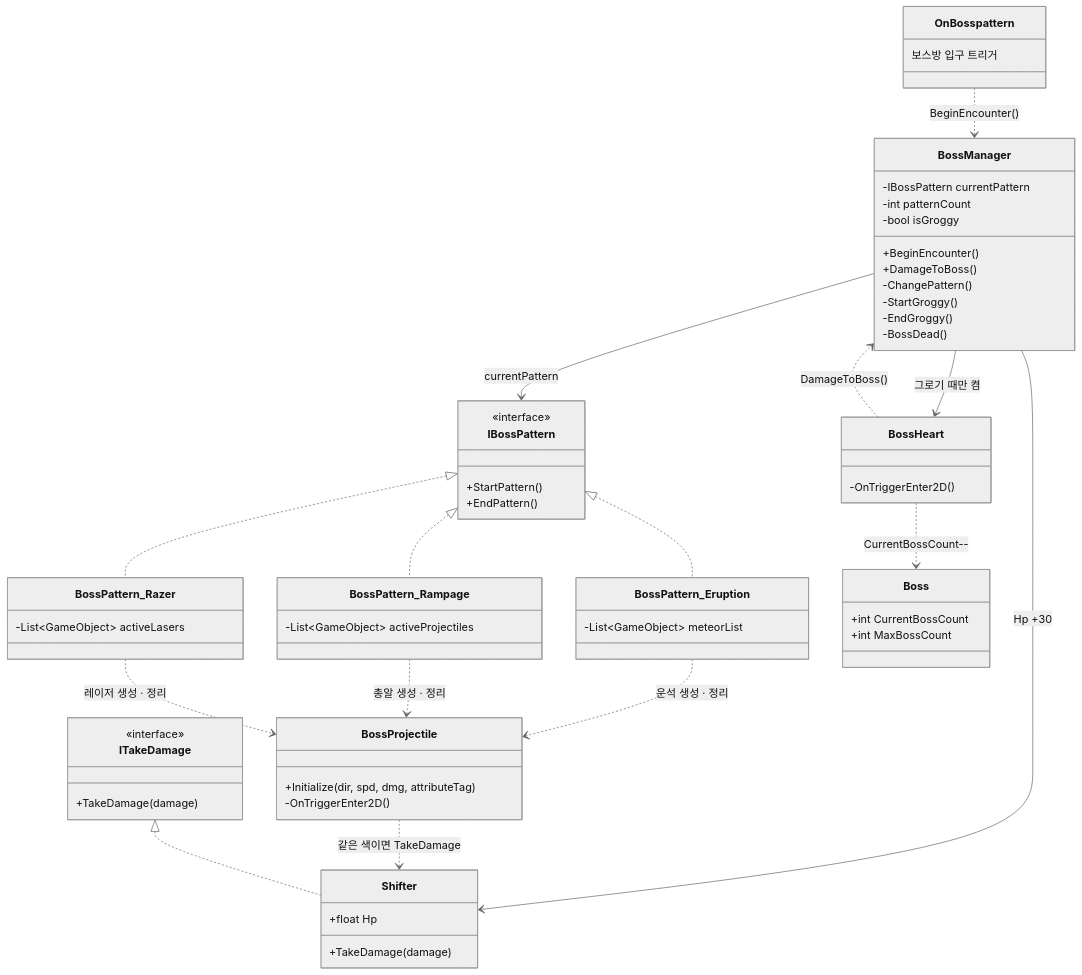
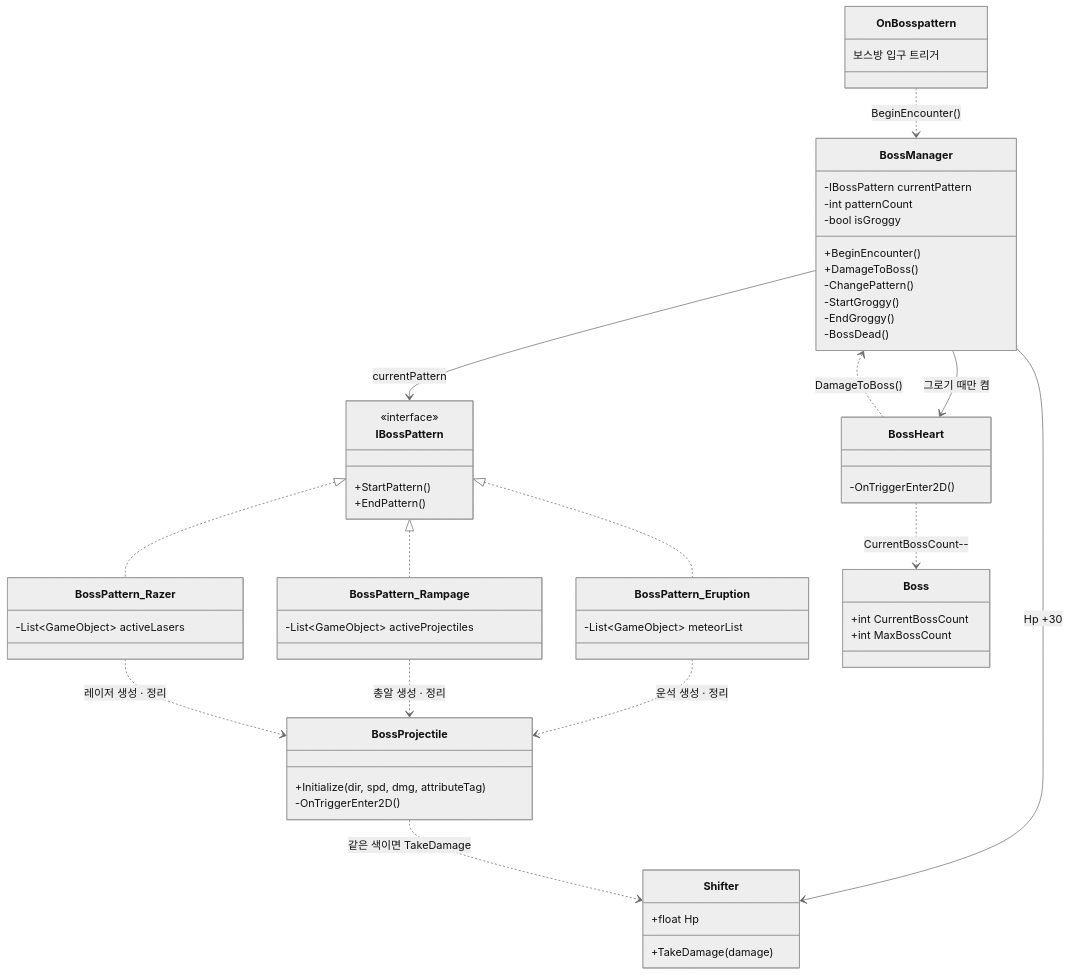
The sixth of 6 diagrams in src/Shifter/Shifter_기술문서.md (krKooHoo/portfolio-template), drawn with Mermaid (neutral theme) before and after one commit. The commit also changed other lines of this file and 2 other files, not shown here.

````diff
--- a/src/Shifter/Shifter_기술문서.md
+++ b/src/Shifter/Shifter_기술문서.md
@@ -479,66 +380,61 @@
 ```mermaid
 classDiagram
     direction TB
     class OnBosspattern {
         보스방 입구 트리거
     }
     class BossManager {
         -IBossPattern currentPattern
         -int patternCount
         -bool isGroggy
         +BeginEncounter()
         +DamageToBoss()
         -ChangePattern()
         -StartGroggy()
         -EndGroggy()
         -BossDead()
     }
     class IBossPattern {
         <<interface>>
         +StartPattern()
         +EndPattern()
     }
     class BossPattern_Eruption {
         -List~GameObject~ meteorList
     }
     class BossPattern_Rampage {
         -List~GameObject~ activeProjectiles
     }
     class BossPattern_Razer {
         -List~GameObject~ activeLasers
     }
     class BossProjectile {
         +Initialize(dir, spd, dmg, attributeTag)
         -OnTriggerEnter2D()
     }
     class BossHeart {
         -OnTriggerEnter2D()
     }
     class Boss {
         +int CurrentBossCount
         +int MaxBossCount
     }
     class Shifter {
         +float Hp
         +TakeDamage(damage)
     }
-    class ITakeDamage {
-        <<interface>>
-        +TakeDamage(damage)
-    }
 
     OnBosspattern ..> BossManager : BeginEncounter()
     BossManager --> IBossPattern : currentPattern
     IBossPattern <|.. BossPattern_Eruption
     IBossPattern <|.. BossPattern_Rampage
     IBossPattern <|.. BossPattern_Razer
     BossPattern_Eruption ..> BossProjectile : 운석 생성 · 정리
     BossPattern_Rampage ..> BossProjectile : 총알 생성 · 정리
     BossPattern_Razer ..> BossProjectile : 레이저 생성 · 정리
     BossManager --> BossHeart : 그로기 때만 켬
     BossHeart ..> Boss : CurrentBossCount--
     BossHeart ..> BossManager : DamageToBoss()
     BossManager --> Shifter : Hp +30
     BossProjectile ..> Shifter : 같은 색이면 TakeDamage
-    ITakeDamage <|.. Shifter
 ```
````
